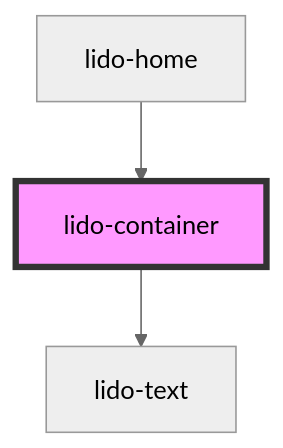
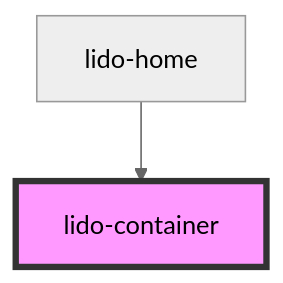
Before and after one commit to chimple/lido-player: the diagram in src/components/container/readme.md, drawn with Mermaid (neutral theme). The commit also changed other lines of this file and 14 other files, not shown here.

````diff
--- a/src/components/container/readme.md
+++ b/src/components/container/readme.md
@@ -64,6 +60,5 @@
 ```mermaid
 graph TD;
-  lido-container --> lido-text
   lido-home --> lido-container
   style lido-container fill:#f9f,stroke:#333,stroke-width:4px
 ```
````
